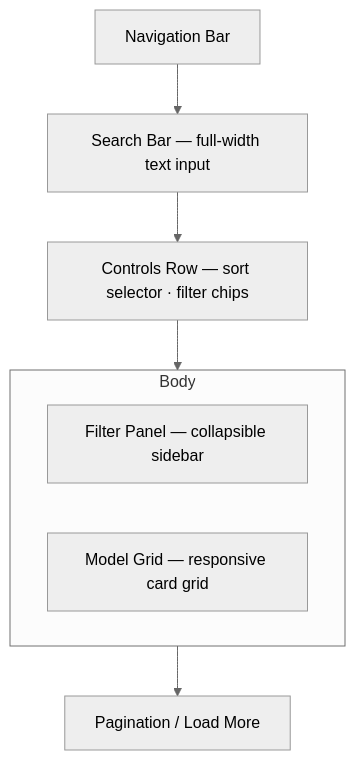
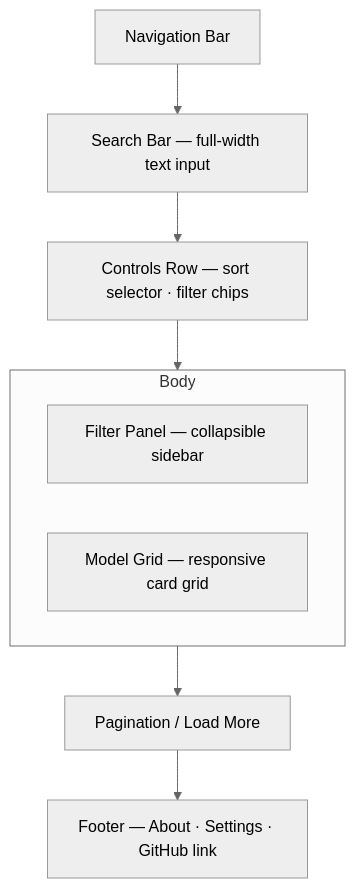
One commit to nsheaps/farish changed the diagram in docs/pages/explore/SPEC.md. Above: the diagram before and after it, drawn with Mermaid (neutral theme). The commit also changed other lines of this file and 30 other files, not shown here.

First line of the commit message:
docs(pages): step-16 cross-page validation — global footer, nav consistency fixes

````diff
--- a/docs/pages/explore/SPEC.md
+++ b/docs/pages/explore/SPEC.md
@@ -37,12 +37,13 @@
 ```mermaid
 flowchart TB
     Nav[Navigation Bar]
     SearchBar[Search Bar — full-width text input]
     Controls[Controls Row — sort selector · filter chips]
     subgraph Body
         Sidebar[Filter Panel — collapsible sidebar]
         Grid[Model Grid — responsive card grid]
     end
     Pagination[Pagination / Load More]
-    Nav --> SearchBar --> Controls --> Body --> Pagination
+    Footer[Footer — About · Settings · GitHub link]
+    Nav --> SearchBar --> Controls --> Body --> Pagination --> Footer
 ```
````
